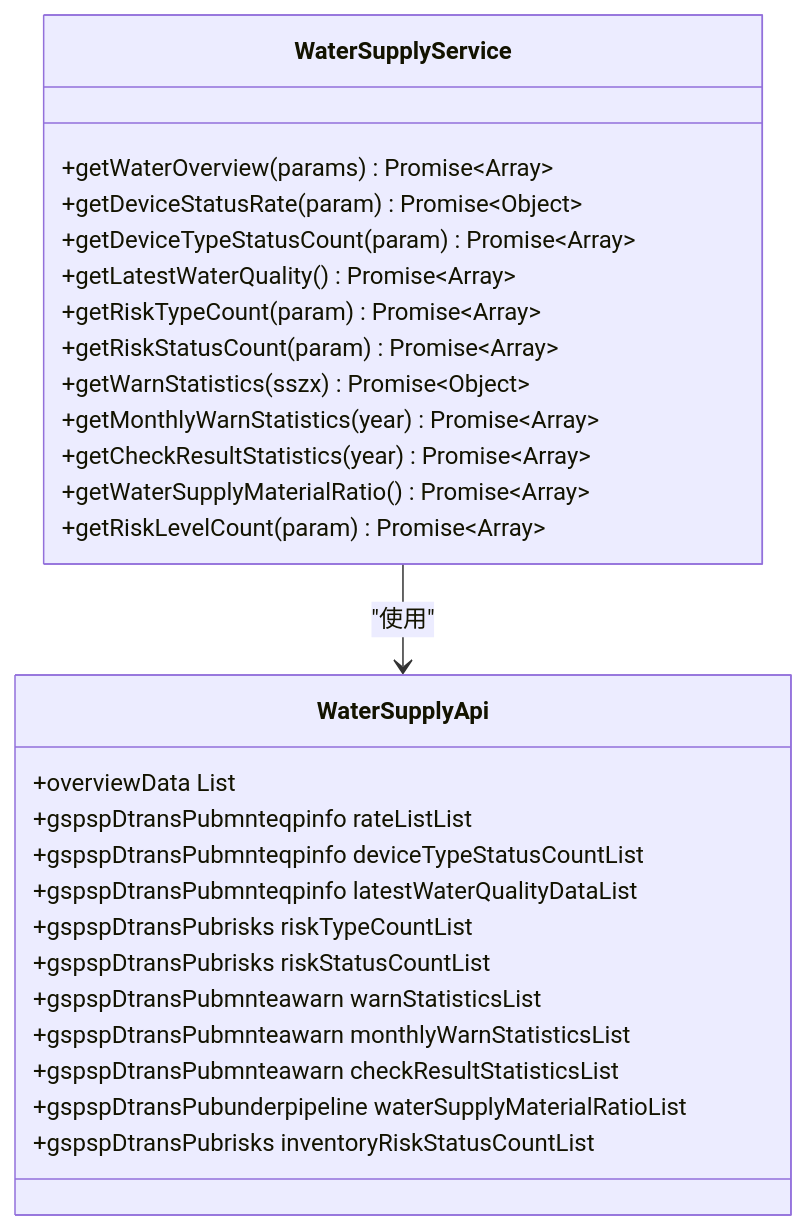
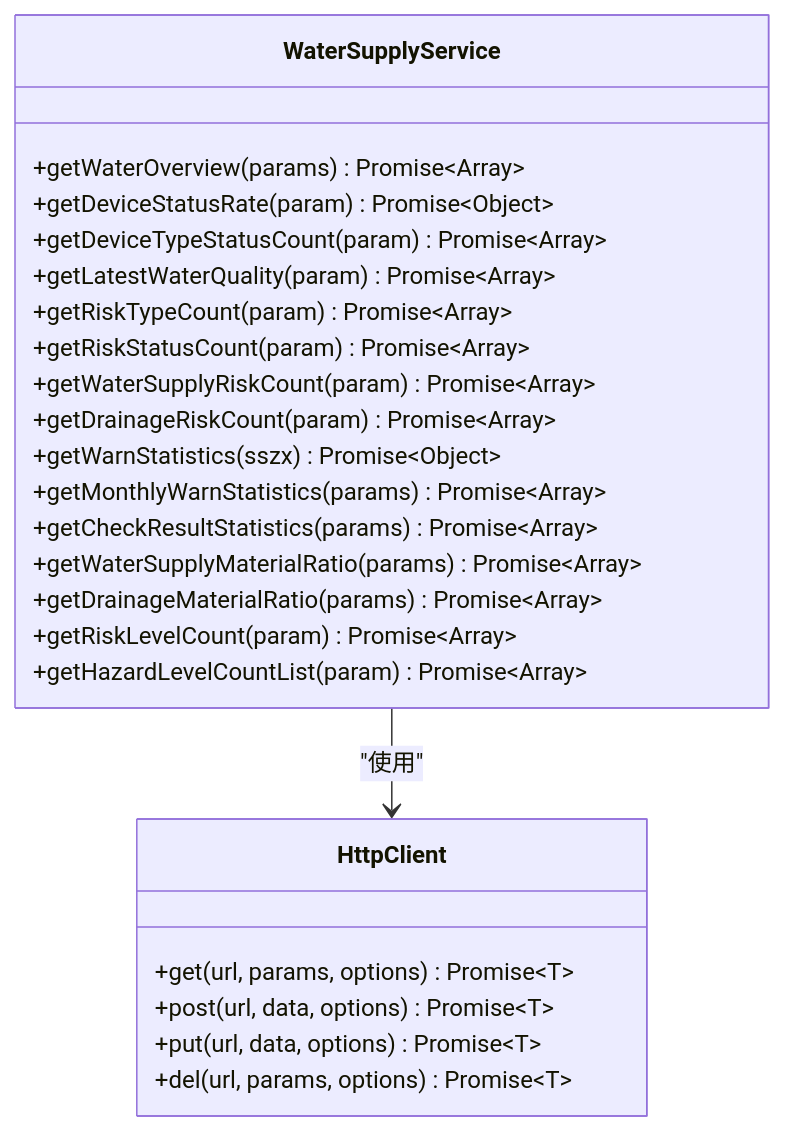
The seventh of 14 diagrams in .qoder/repowiki/zh/content/API集成/API集成.md (zhibo1997/government-dashboard), drawn with Mermaid before and after one commit. The commit also changed other lines of this file and 28 other files, not shown here.

````diff
--- a/.qoder/repowiki/zh/content/API集成/API集成.md
+++ b/.qoder/repowiki/zh/content/API集成/API集成.md
@@ -162,30 +225,27 @@
 ```mermaid
 classDiagram
 class WaterSupplyService {
 +getWaterOverview(params) Promise~Array~
 +getDeviceStatusRate(param) Promise~Object~
 +getDeviceTypeStatusCount(param) Promise~Array~
-+getLatestWaterQuality() Promise~Array~
++getLatestWaterQuality(param) Promise~Array~
 +getRiskTypeCount(param) Promise~Array~
 +getRiskStatusCount(param) Promise~Array~
++getWaterSupplyRiskCount(param) Promise~Array~
++getDrainageRiskCount(param) Promise~Array~
 +getWarnStatistics(sszx) Promise~Object~
-+getMonthlyWarnStatistics(year) Promise~Array~
-+getCheckResultStatistics(year) Promise~Array~
-+getWaterSupplyMaterialRatio() Promise~Array~
++getMonthlyWarnStatistics(params) Promise~Array~
++getCheckResultStatistics(params) Promise~Array~
++getWaterSupplyMaterialRatio(params) Promise~Array~
++getDrainageMaterialRatio(params) Promise~Array~
 +getRiskLevelCount(param) Promise~Array~
++getHazardLevelCountList(param) Promise~Array~
 }
-class WaterSupplyApi {
-+overviewData List
-+gspspDtransPubmnteqpinfo rateListList
-+gspspDtransPubmnteqpinfo deviceTypeStatusCountList
-+gspspDtransPubmnteqpinfo latestWaterQualityDataList
-+gspspDtransPubrisks riskTypeCountList
-+gspspDtransPubrisks riskStatusCountList
-+gspspDtransPubmnteawarn warnStatisticsList
-+gspspDtransPubmnteawarn monthlyWarnStatisticsList
-+gspspDtransPubmnteawarn checkResultStatisticsList
-+gspspDtransPubunderpipeline waterSupplyMaterialRatioList
-+gspspDtransPubrisks inventoryRiskStatusCountList
+class HttpClient {
++get(url, params, options) Promise~T~
++post(url, data, options) Promise~T~
++put(url, data, options) Promise~T~
++del(url, params, options) Promise~T~
 }
-WaterSupplyService --> WaterSupplyApi : "使用"
+WaterSupplyService --> HttpClient : "使用"
 ```
````
